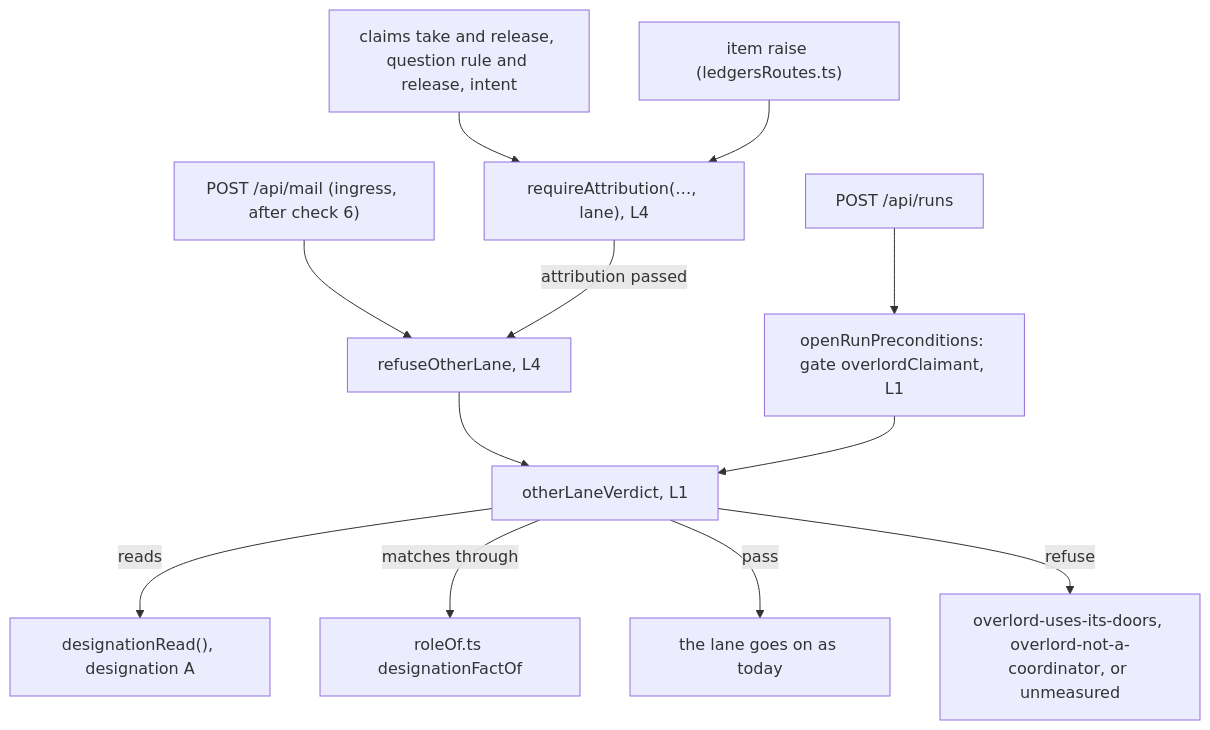
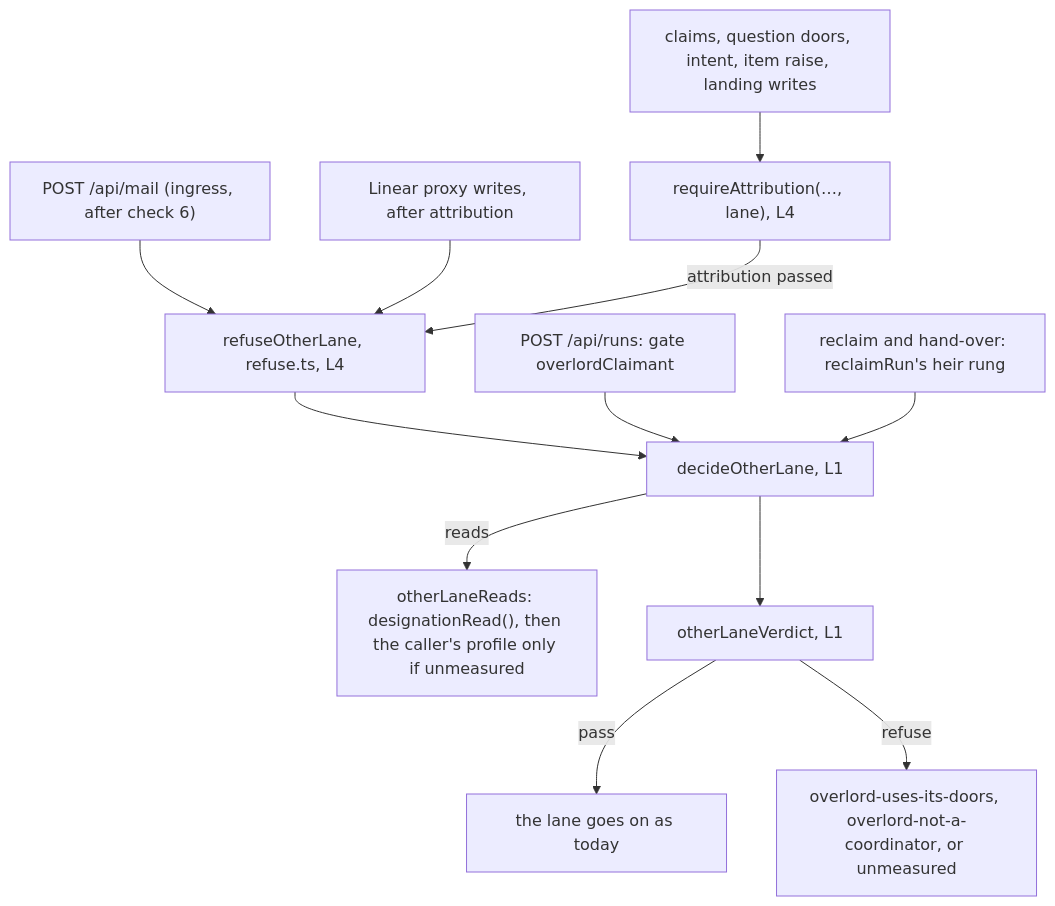
Before and after one commit to Synapsium-Labs/ccrc-pwa: the diagram in docs/superpowers/plans/2026-11-14-overlord-w1/w1-other-lanes.md, drawn with Mermaid. The commit also changed other lines of this file, not shown here.

First line of the commit message:
docs(plan): other-lane refusals, fix round 1 (review 2171)

````diff
--- a/docs/superpowers/plans/2026-11-14-overlord-w1/w1-other-lanes.md
+++ b/docs/superpowers/plans/2026-11-14-overlord-w1/w1-other-lanes.md
@@ -49,14 +64,14 @@
 ```mermaid
 flowchart TD
-  M["POST /api/mail (ingress, after check 6)"] --> R["refuseOtherLane, L4"]
-  C["claims take and release, question rule and release, intent"] --> A["requireAttribution(…, lane), L4"]
-  I["item raise (ledgersRoutes.ts)"] --> A
+  M["POST /api/mail (ingress, after check 6)"] --> R["refuseOtherLane, refuse.ts, L4"]
+  C["claims, question doors, intent, item raise, landing writes"] --> A["requireAttribution(…, lane), L4"]
+  L["Linear proxy writes, after attribution"] --> R
   A -->|"attribution passed"| R
-  R --> V["otherLaneVerdict, L1"]
-  O["POST /api/runs"] --> G["openRunPreconditions: gate overlordClaimant, L1"]
-  G --> V
-  V -->|"reads"| D["designationRead(), designation A"]
-  V -->|"matches through"| F["roleOf.ts designationFactOf"]
+  R --> D["decideOtherLane, L1"]
+  O["POST /api/runs: gate overlordClaimant"] --> D
+  H["reclaim and hand-over: reclaimRun's heir rung"] --> D
+  D -->|"reads"| RD["otherLaneReads: designationRead(), then the caller's profile only if unmeasured"]
+  D --> V["otherLaneVerdict, L1"]
   V -->|"pass"| P["the lane goes on as today"]
   V -->|"refuse"| W["overlord-uses-its-doors, overlord-not-a-coordinator, or unmeasured"]
 ```
````
